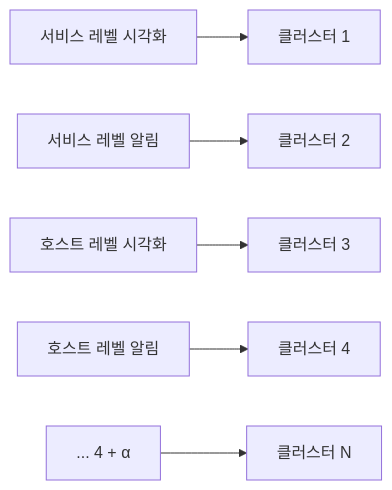
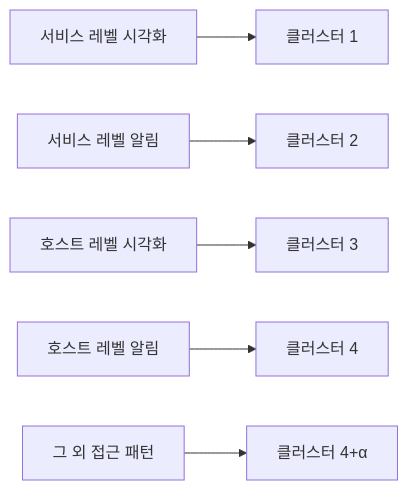
The second of 3 diagrams in content/monitoring/victoriametrics/by-source/01-2024-02-sre-tsdb.md (idoyo7/study-hugo), drawn with Mermaid before and after one commit. The commit also changed other lines of this file and 3 other files, not shown here.

First line of the commit message:
docs(victoriametrics): by-source 다이어그램 5종 추가 + 문체 정제(Codex 교차검증)

````diff
--- a/content/monitoring/victoriametrics/by-source/01-2024-02-sre-tsdb.md
+++ b/content/monitoring/victoriametrics/by-source/01-2024-02-sre-tsdb.md
@@ -70,8 +79,8 @@
 ```mermaid
 flowchart LR
   D1["서비스 레벨 시각화"] --> C1["클러스터 1"]
   A1["서비스 레벨 알림"] --> C2["클러스터 2"]
   D2["호스트 레벨 시각화"] --> C3["클러스터 3"]
   A2["호스트 레벨 알림"] --> C4["클러스터 4"]
-  X["... 4 + α"] --> C5["클러스터 N"]
+  X["그 외 접근 패턴"] --> C5["클러스터 4+α"]
 ```
````
